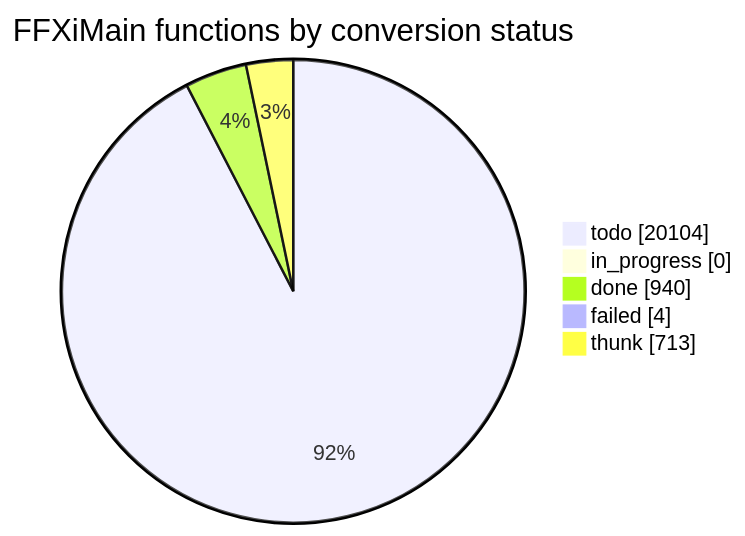
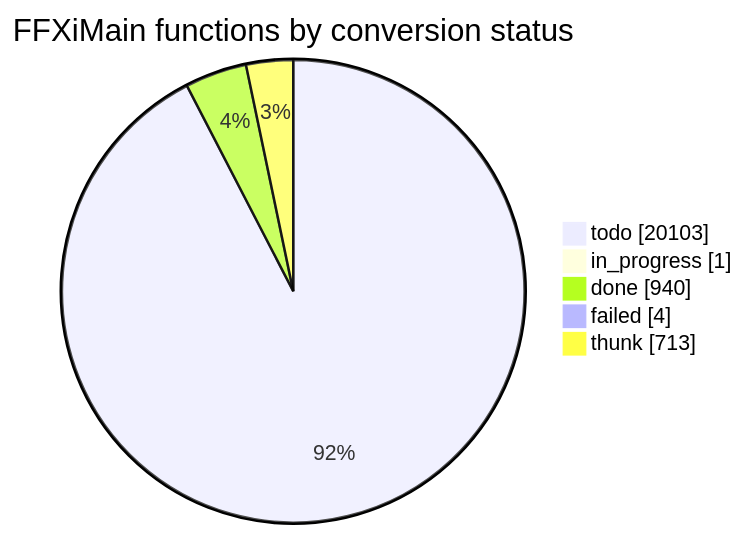
Before and after one commit to cowrevenge/cow_kuluu_xi_anything: the diagram in docs/cow/STATUS.md, drawn with Mermaid. The commit also changed other lines of this file and 7 other files, not shown here.

````diff
--- a/docs/cow/STATUS.md
+++ b/docs/cow/STATUS.md
@@ -18,9 +18,9 @@
 ```mermaid
 pie showData
     title FFXiMain functions by conversion status
-    "todo" : 20104
-    "in_progress" : 0
+    "todo" : 20103
+    "in_progress" : 1
     "done" : 940
     "failed" : 4
     "thunk" : 713
 ```
````
